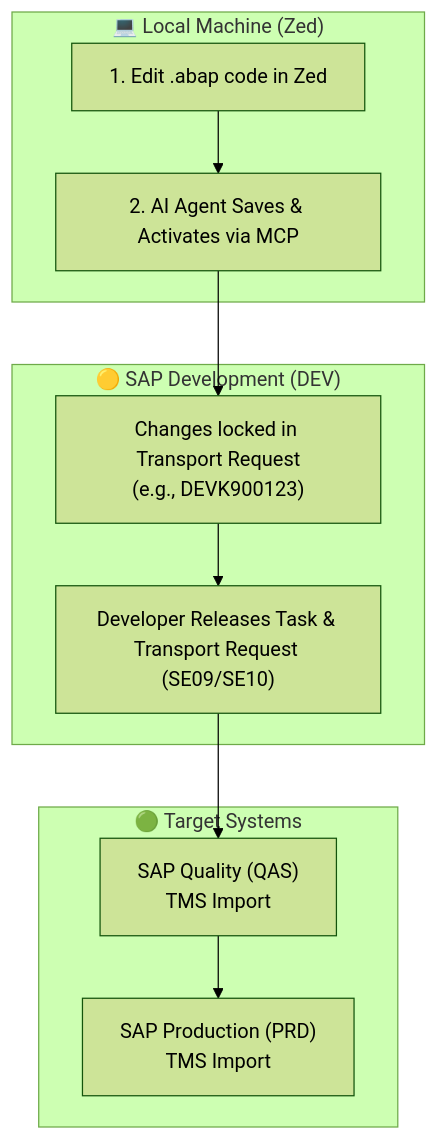
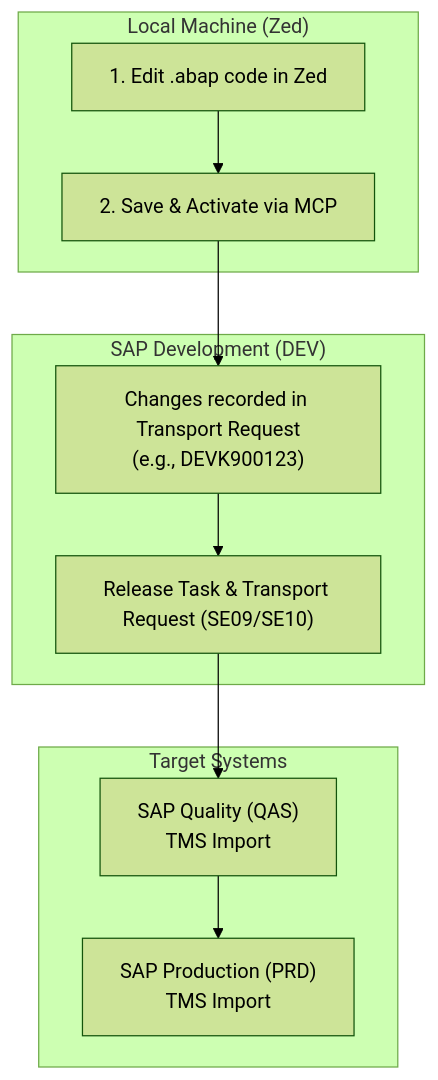
One commit to ghanda-syah/zed-ext-sap-abap changed the second of 3 diagrams in README.md. Above: the diagram before and after it, drawn with Mermaid (forest theme). The commit also changed other lines of this file and 4 other files, not shown here.

````diff
--- a/README.md
+++ b/README.md
@@ -150,19 +148,19 @@
 ```mermaid
 flowchart TD
-    subgraph Local_Dev["💻 Local Machine (Zed)"]
-        Z1["1. Edit .abap code in Zed"] --> Z2["2. AI Agent Saves & Activates via MCP"]
+    subgraph Local_Dev["Local Machine (Zed)"]
+        Z1["1. Edit .abap code in Zed"] --> Z2["2. Save & Activate via MCP"]
     end
 
-    subgraph SAP_DEV["🟡 SAP Development (DEV)"]
-        S1["Changes locked in Transport Request\n(e.g., DEVK900123)"]
-        S2["Developer Releases Task & Transport Request (SE09/SE10)"]
+    subgraph SAP_DEV["SAP Development (DEV)"]
+        S1["Changes recorded in Transport Request\n(e.g., DEVK900123)"]
+        S2["Release Task & Transport Request (SE09/SE10)"]
     end
 
-    subgraph Target_Landscape["🟢 Target Systems"]
+    subgraph Target_Landscape["Target Systems"]
         QAS["SAP Quality (QAS)\nTMS Import"] --> PRD["SAP Production (PRD)\nTMS Import"]
     end
 
     Z2 --> S1
     S1 --> S2
     S2 --> QAS
 ```
````
